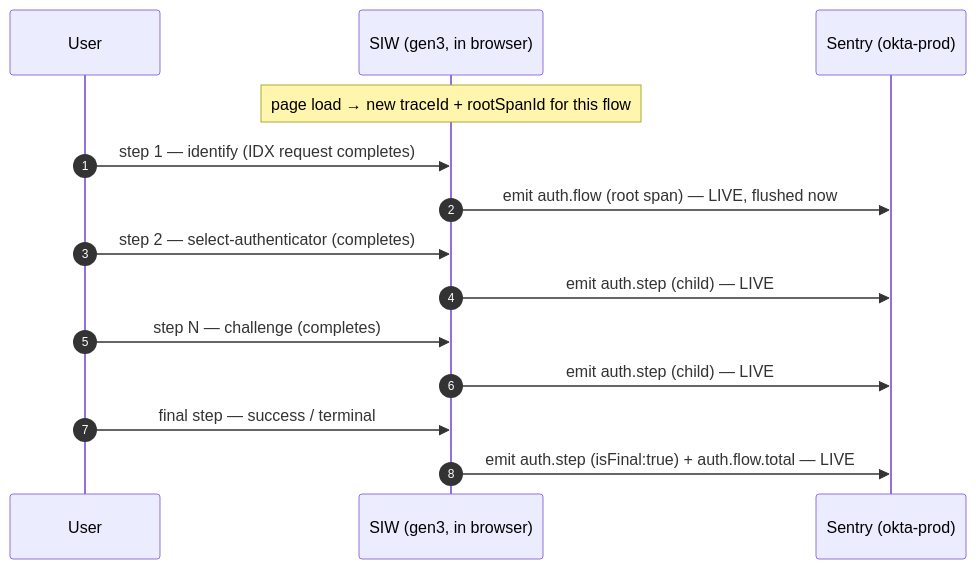
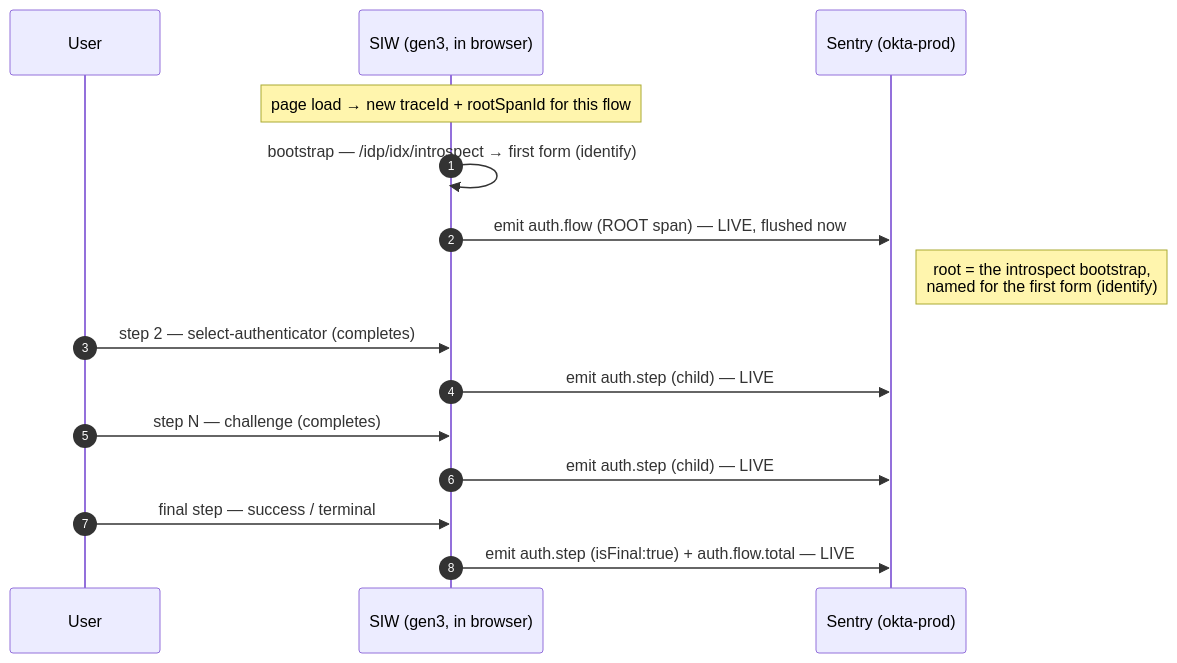
The first of 2 diagrams in src/v3/docs/sentry-observability-one-pager.md (okta/okta-signin-widget), drawn with Mermaid before and after one commit. The commit also changed other lines of this file, not shown here.

Commit message:
gen3(sentry-poc): clarify root span = /introspect bootstrap in timeline diagram
The trace root (asRoot = first recorded transaction) IS the SIW bootstrap — its
request URL is /idp/idx/introspect — but the span is NAMED for the first rendered
form (identify), per eventCtx.formName. Make both diagrams say so explicitly
instead of implying 'step 1 = identify'.

````diff
--- a/src/v3/docs/sentry-observability-one-pager.md
+++ b/src/v3/docs/sentry-observability-one-pager.md
@@ -41,17 +41,18 @@
 ```mermaid
 sequenceDiagram
   autonumber
   participant U as User
   participant SIW as SIW (gen3, in browser)
   participant S as Sentry (okta-prod)
 
   Note over SIW: page load → new traceId + rootSpanId for this flow
-  U->>SIW: step 1 — identify (IDX request completes)
-  SIW->>S: emit auth.flow (root span) — LIVE, flushed now
+  SIW->>SIW: bootstrap — /idp/idx/introspect → first form (identify)
+  SIW->>S: emit auth.flow (ROOT span) — LIVE, flushed now
+  Note right of S: root = the introspect bootstrap,<br/>named for the first form (identify)
   U->>SIW: step 2 — select-authenticator (completes)
   SIW->>S: emit auth.step (child) — LIVE
   U->>SIW: step N — challenge (completes)
   SIW->>S: emit auth.step (child) — LIVE
   U->>SIW: final step — success / terminal
   SIW->>S: emit auth.step (isFinal:true) + auth.flow.total — LIVE
 ```
````
